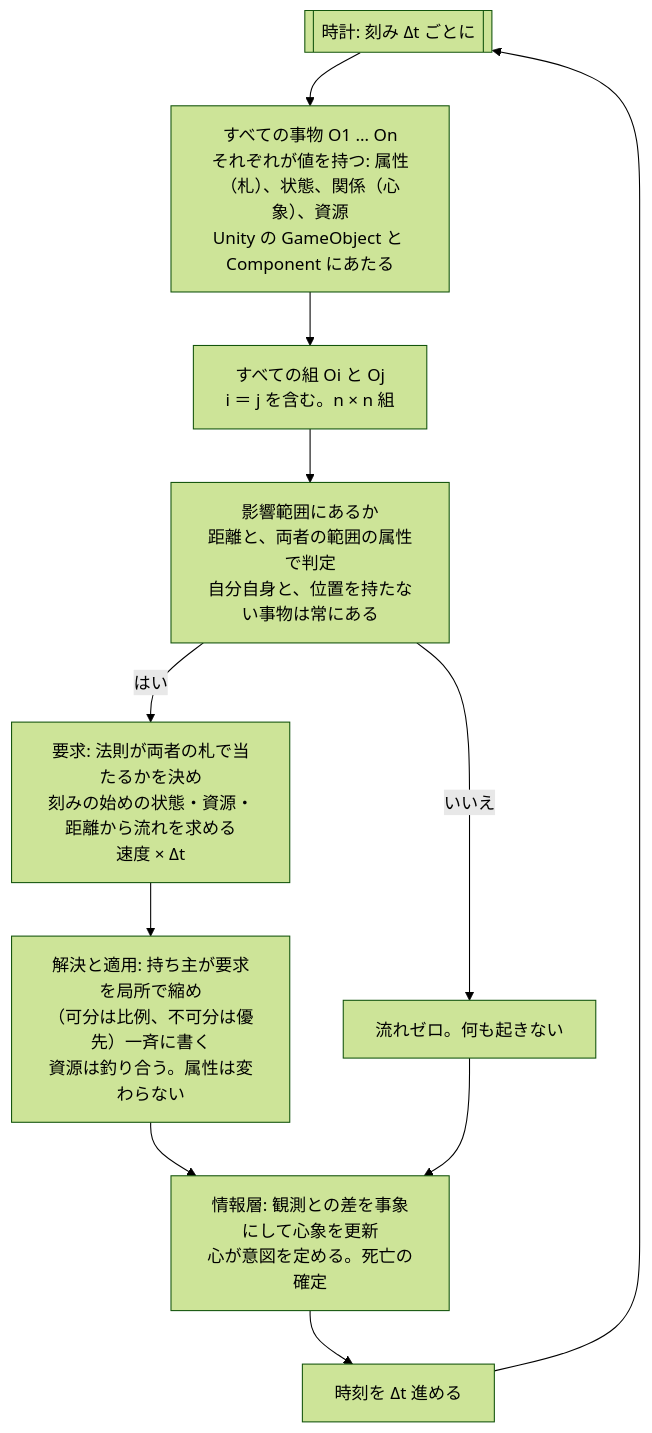
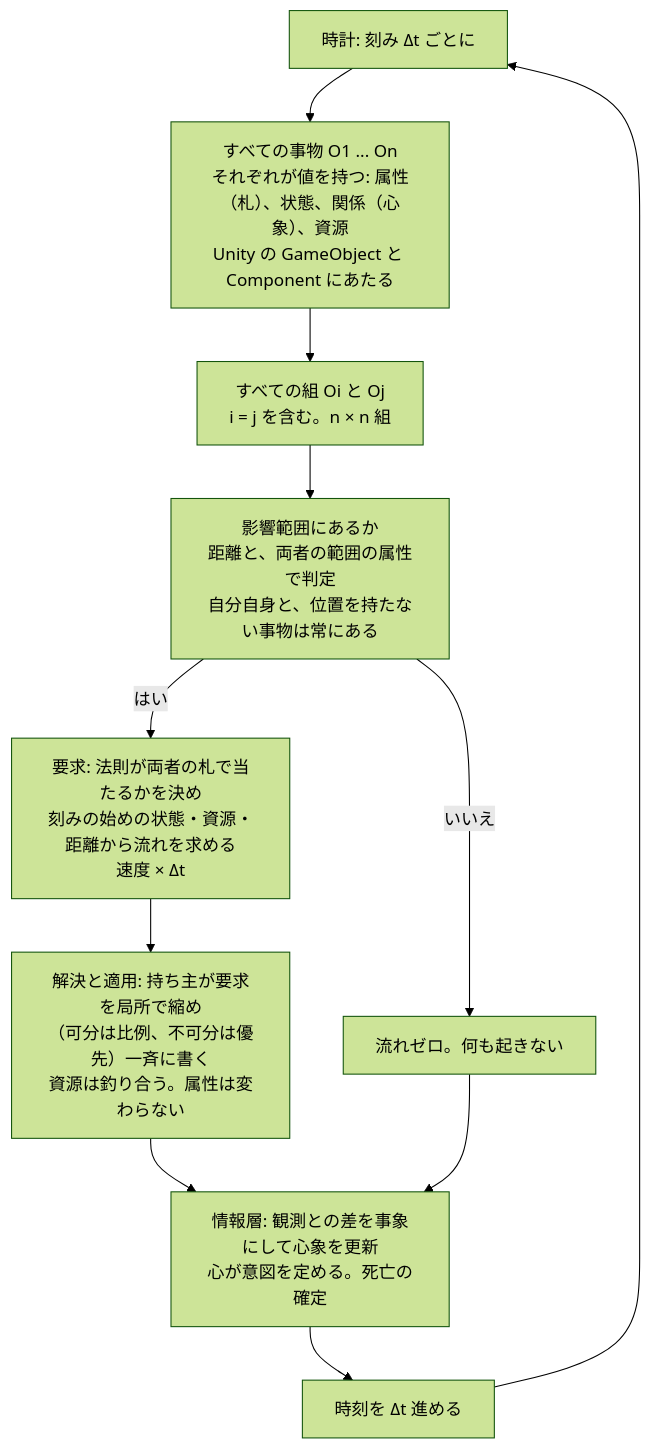
The first of 3 diagrams in docs/DESIGN.md (demerzel09/Medieval-Simulator), drawn with Mermaid (forest theme) before and after one commit.

Commit message:
Simplify figure 1's Mermaid for the user's VS Code preview: plain boxes, ASCII ellipsis and equals
The first Mermaid block in DESIGN.md fails to render in the user's VS Code
preview while HTML export and headless Mermaid 9/10/11 render it. Remove the
only features the other blocks lack (subroutine shape, U+2026, U+FF1D) to tell
content from position; a diagnostic Markdown file was given to the user.

````diff
--- a/docs/DESIGN.md
+++ b/docs/DESIGN.md
@@ -47,13 +47,13 @@
 ```mermaid
 flowchart TD
-  C[["時計: 刻み Δt ごとに"]] --> O["すべての事物 O1 … On<br/>それぞれが値を持つ: 属性（札）、状態、関係（心象）、資源<br/>Unity の GameObject と Component にあたる"]
-  O --> P["すべての組 Oi と Oj<br/>i ＝ j を含む。n × n 組"]
+  C["時計: 刻み Δt ごとに"] --> O["すべての事物 O1 ... On<br/>それぞれが値を持つ: 属性（札）、状態、関係（心象）、資源<br/>Unity の GameObject と Component にあたる"]
+  O --> P["すべての組 Oi と Oj<br/>i = j を含む。n × n 組"]
   P --> S["影響範囲にあるか<br/>距離と、両者の範囲の属性で判定<br/>自分自身と、位置を持たない事物は常にある"]
   S -->|"いいえ"| Z["流れゼロ。何も起きない"]
   S -->|"はい"| L["要求: 法則が両者の札で当たるかを決め<br/>刻みの始めの状態・資源・距離から流れを求める<br/>速度 × Δt"]
   L --> F["解決と適用: 持ち主が要求を局所で縮め<br/>（可分は比例、不可分は優先）一斉に書く<br/>資源は釣り合う。属性は変わらない"]
   F --> I["情報層: 観測との差を事象にして心象を更新<br/>心が意図を定める。死亡の確定"]
   Z --> I
   I --> T["時刻を Δt 進める"]
   T --> C
 ```
````
